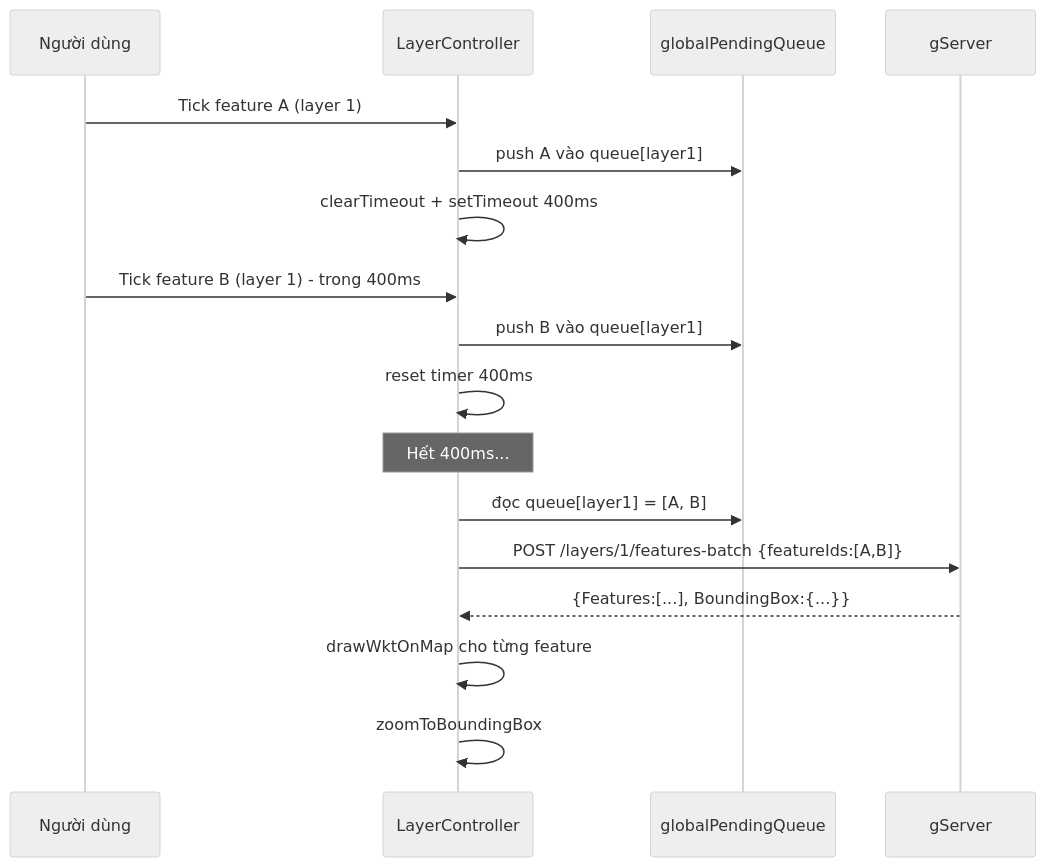
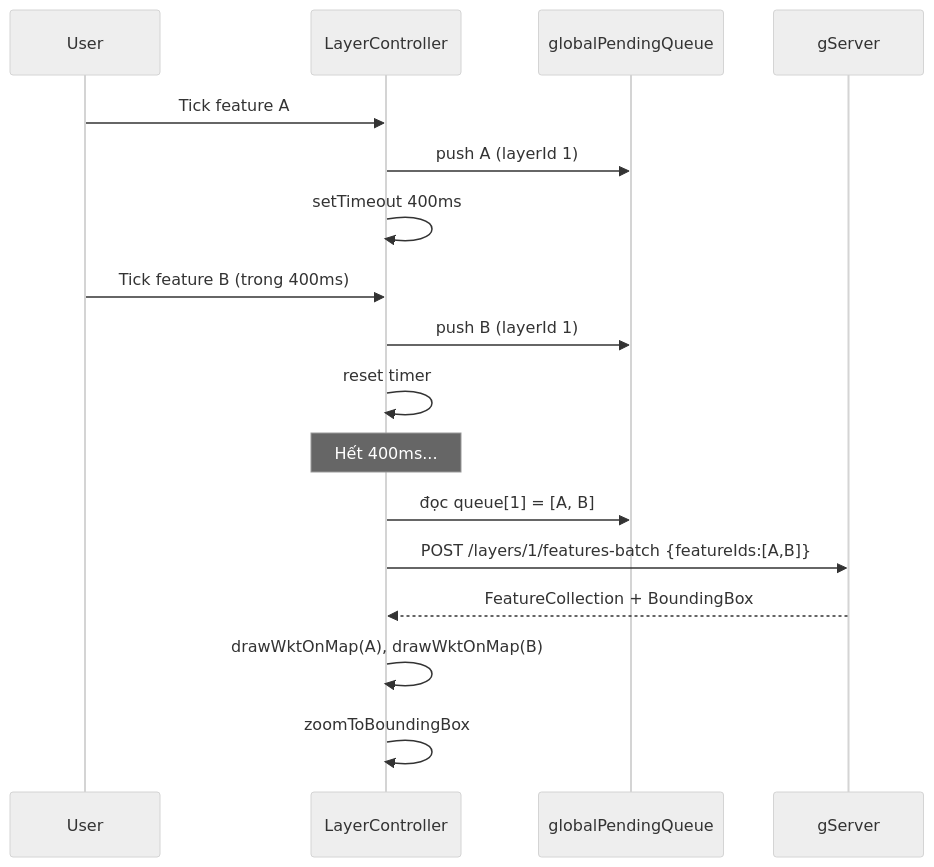
The second of 3 diagrams in gServer_Introduction/docs/frontend.md (giangvanhung/gServer_0.0.1), drawn with Mermaid (neutral theme) before and after one commit. The commit also changed other lines of this file and 14 other files, not shown here.

````diff
--- a/gServer_Introduction/docs/frontend.md
+++ b/gServer_Introduction/docs/frontend.md
@@ -36,23 +125,22 @@
 ```mermaid
 sequenceDiagram
-    participant U as Người dùng
+    participant U as User
     participant C as LayerController
     participant Q as globalPendingQueue
-    participant S as gServer
+    participant API as gServer
 
-    U->>C: Tick feature A (layer 1)
-    C->>Q: push A vào queue[layer1]
-    C->>C: clearTimeout + setTimeout 400ms
+    U->>C: Tick feature A
+    C->>Q: push A (layerId 1)
+    C->>C: setTimeout 400ms
 
-    U->>C: Tick feature B (layer 1) - trong 400ms
-    C->>Q: push B vào queue[layer1]
-    C->>C: reset timer 400ms
+    U->>C: Tick feature B (trong 400ms)
+    C->>Q: push B (layerId 1)
+    C->>C: reset timer
 
     Note over C: Hết 400ms...
-
-    C->>Q: đọc queue[layer1] = [A, B]
-    C->>S: POST /layers/1/features-batch {featureIds:[A,B]}
-    S-->>C: {Features:[...], BoundingBox:{...}}
-    C->>C: drawWktOnMap cho từng feature
+    C->>Q: đọc queue[1] = [A, B]
+    C->>API: POST /layers/1/features-batch {featureIds:[A,B]}
+    API-->>C: FeatureCollection + BoundingBox
+    C->>C: drawWktOnMap(A), drawWktOnMap(B)
     C->>C: zoomToBoundingBox
 ```
````
